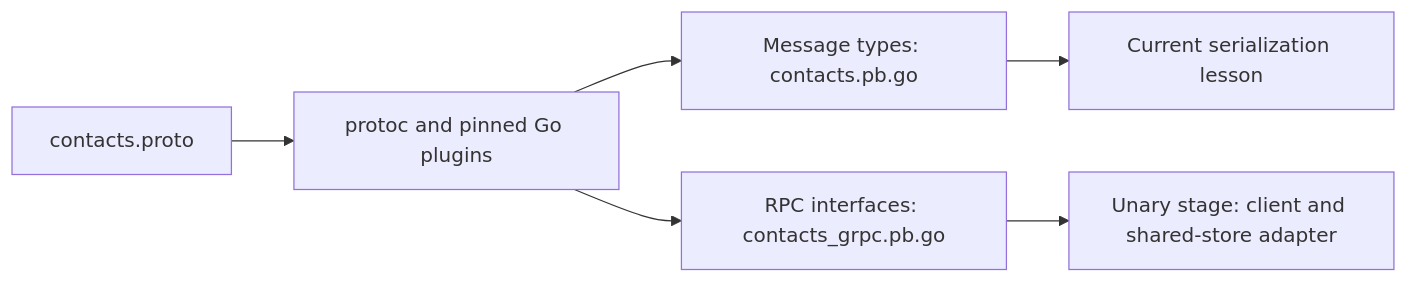
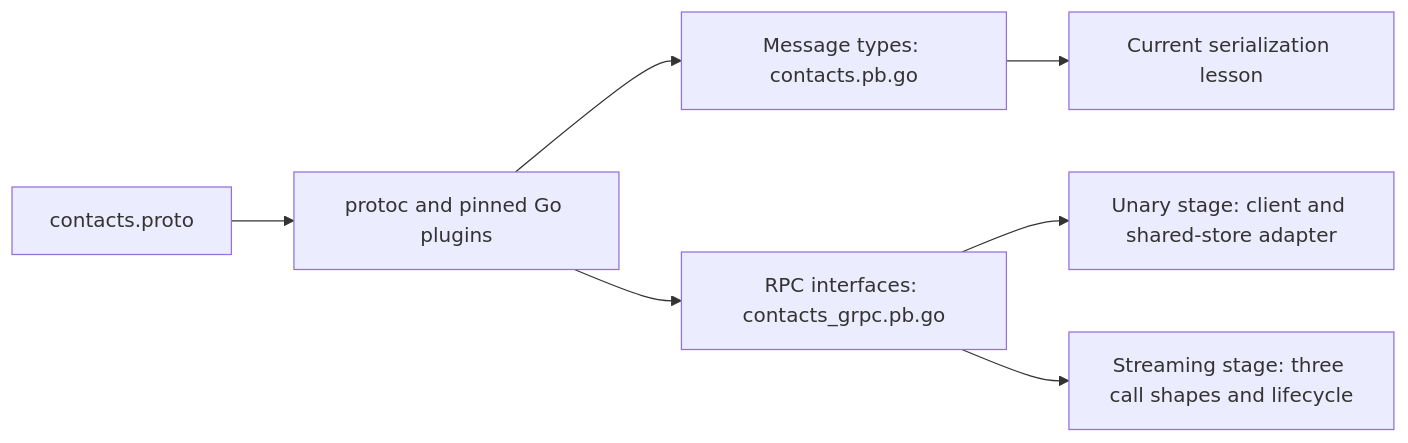
The diagram in extensions/01-protobuf-and-grpc/README.md (angelgonzalezg/golang-course), drawn with Mermaid before and after one commit. The commit also changed other lines of this file and 16 other files, not shown here.

Commit message:
feat: add gRPC streaming examples and lifecycle tests

````diff
--- a/extensions/01-protobuf-and-grpc/README.md
+++ b/extensions/01-protobuf-and-grpc/README.md
@@ -66,8 +69,9 @@
 ```mermaid
 flowchart LR
     P[contacts.proto] --> G[protoc and pinned Go plugins]
     G --> M[Message types: contacts.pb.go]
     G --> I[RPC interfaces: contacts_grpc.pb.go]
     M --> D[Current serialization lesson]
     I --> A[Unary stage: client and shared-store adapter]
+    I --> S[Streaming stage: three call shapes and lifecycle]
 ```
````
